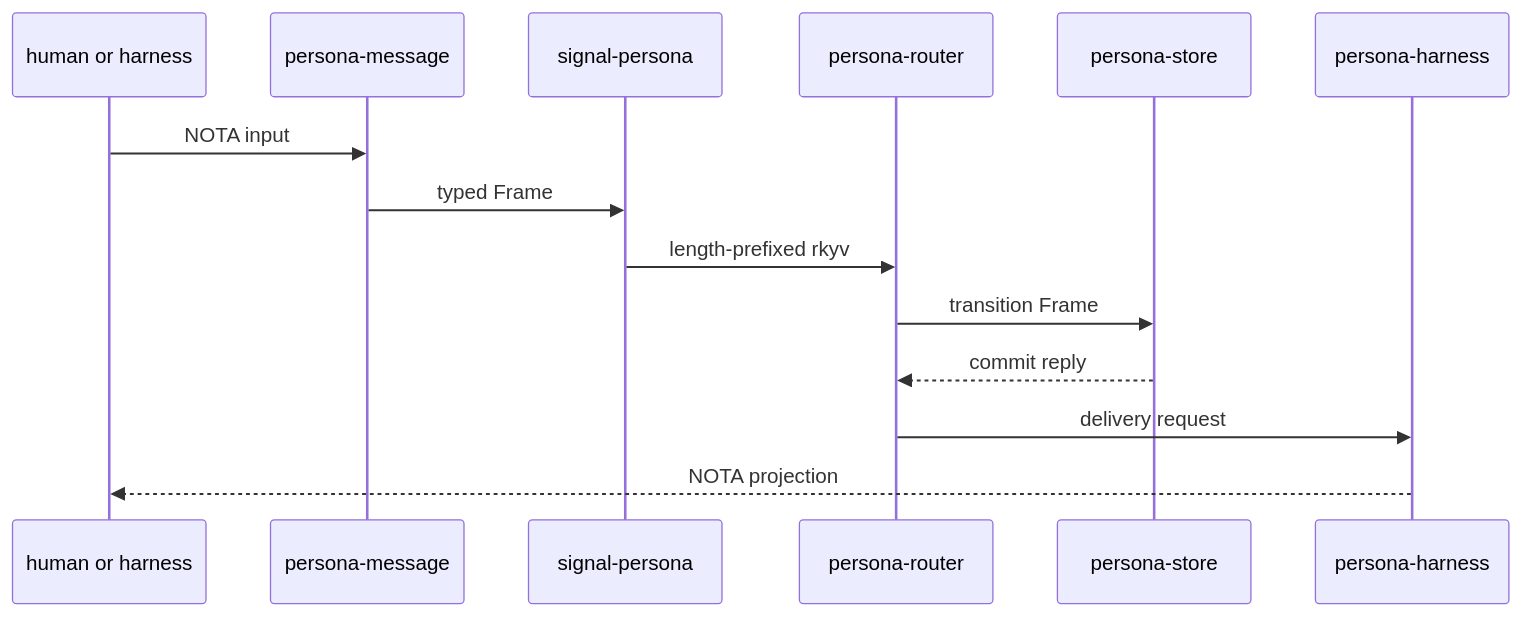
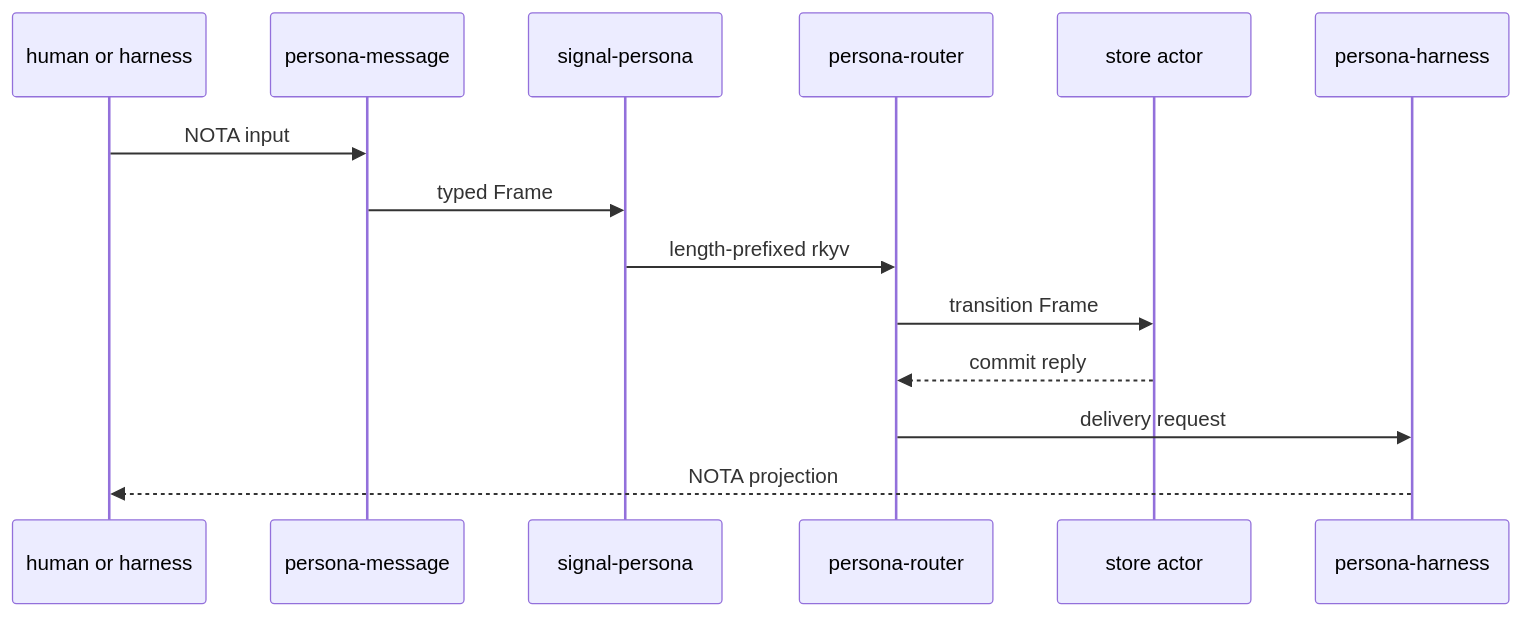
One commit to LiGoldragon/persona changed the second of 3 diagrams in ARCHITECTURE.md. Above: the diagram before and after it, drawn with Mermaid. The commit also changed other lines of this file and 4 other files, not shown here.

````diff
--- a/ARCHITECTURE.md
+++ b/ARCHITECTURE.md
@@ -70,17 +70,17 @@
 ```mermaid
 sequenceDiagram
     participant Human as human or harness
     participant Message as persona-message
     participant Signal as signal-persona
     participant Router as persona-router
-    participant Store as persona-store
+    participant Store as store actor
     participant Harness as persona-harness
 
     Human->>Message: NOTA input
     Message->>Signal: typed Frame
     Signal->>Router: length-prefixed rkyv
     Router->>Store: transition Frame
     Store-->>Router: commit reply
     Router->>Harness: delivery request
     Harness-->>Human: NOTA projection
 ```
````
